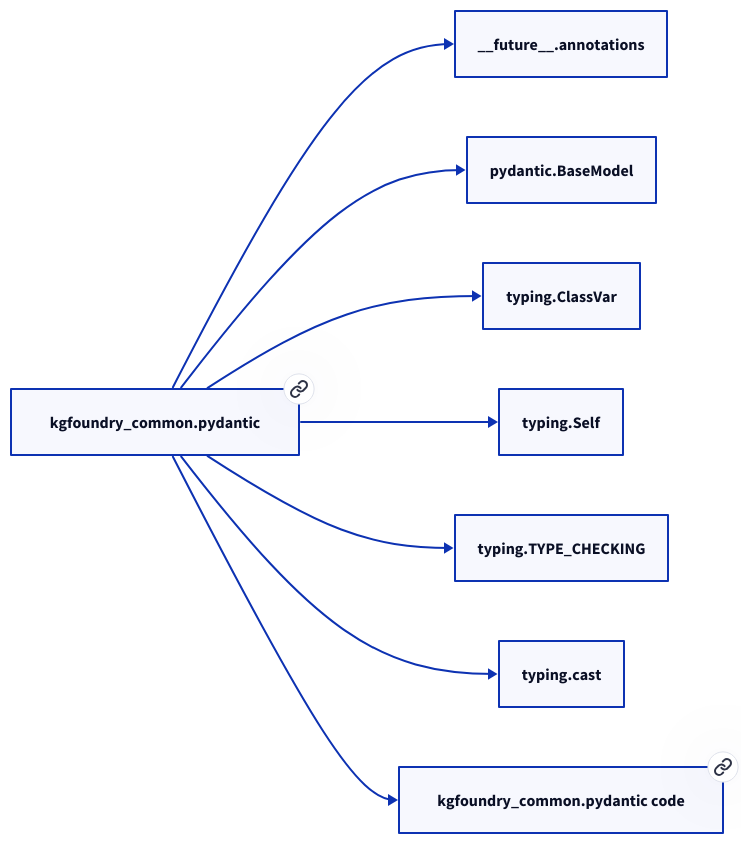
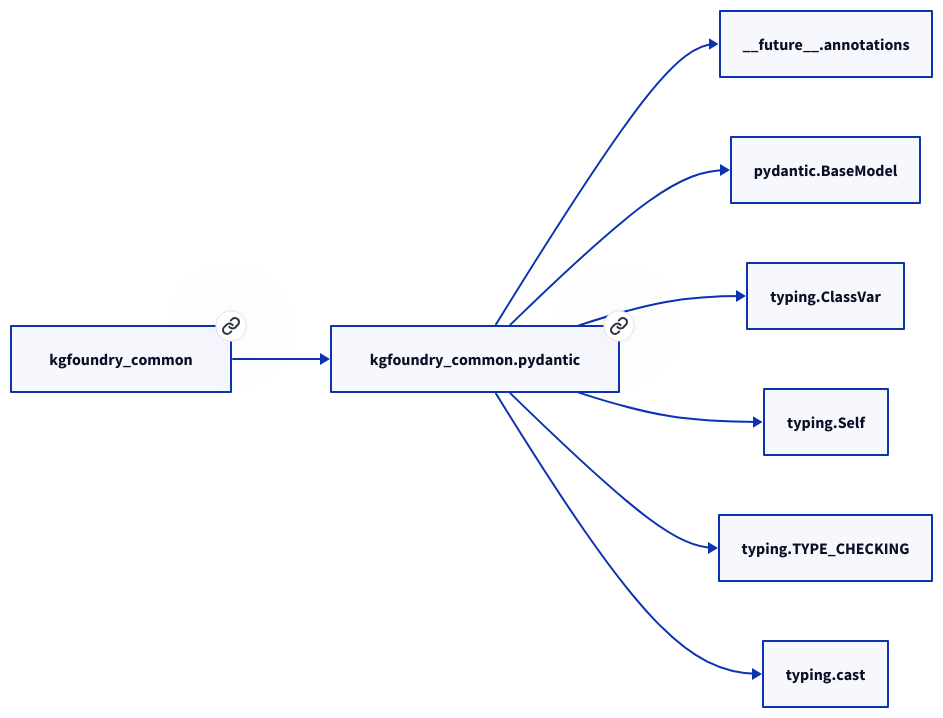
Before and after one commit to paul-heyse/kgforge: the second of 2 diagrams in docs/modules/kgfoundry_common/pydantic.md, drawn with D2. The commit also changed other lines of this file and 208 other files, not shown here.

````diff
--- a/docs/modules/kgfoundry_common/pydantic.md
+++ b/docs/modules/kgfoundry_common/pydantic.md
@@ -34,18 +38,18 @@
 ```d2
 direction: right
-"kgfoundry_common.pydantic": "kgfoundry_common.pydantic" { link: "./kgfoundry_common/pydantic.md" }
+"kgfoundry_common.pydantic": "kgfoundry_common.pydantic" { link: "https://github.com/paul-heyse/kgfoundry/blob/main/src/kgfoundry_common/pydantic.py" }
 "__future__.annotations": "__future__.annotations"
 "kgfoundry_common.pydantic" -> "__future__.annotations"
 "pydantic.BaseModel": "pydantic.BaseModel"
 "kgfoundry_common.pydantic" -> "pydantic.BaseModel"
 "typing.ClassVar": "typing.ClassVar"
 "kgfoundry_common.pydantic" -> "typing.ClassVar"
 "typing.Self": "typing.Self"
 "kgfoundry_common.pydantic" -> "typing.Self"
 "typing.TYPE_CHECKING": "typing.TYPE_CHECKING"
 "kgfoundry_common.pydantic" -> "typing.TYPE_CHECKING"
 "typing.cast": "typing.cast"
 "kgfoundry_common.pydantic" -> "typing.cast"
-"kgfoundry_common.pydantic_code": "kgfoundry_common.pydantic code" { link: "https://github.com/kgfoundry/kgfoundry/blob/main/src/kgfoundry_common/pydantic.py" }
-"kgfoundry_common.pydantic" -> "kgfoundry_common.pydantic_code" { style: dashed }
+"kgfoundry_common": "kgfoundry_common" { link: "https://github.com/paul-heyse/kgfoundry/blob/main/src/kgfoundry_common/__init__.py" }
+"kgfoundry_common" -> "kgfoundry_common.pydantic" { style: dashed }
 ```
````
